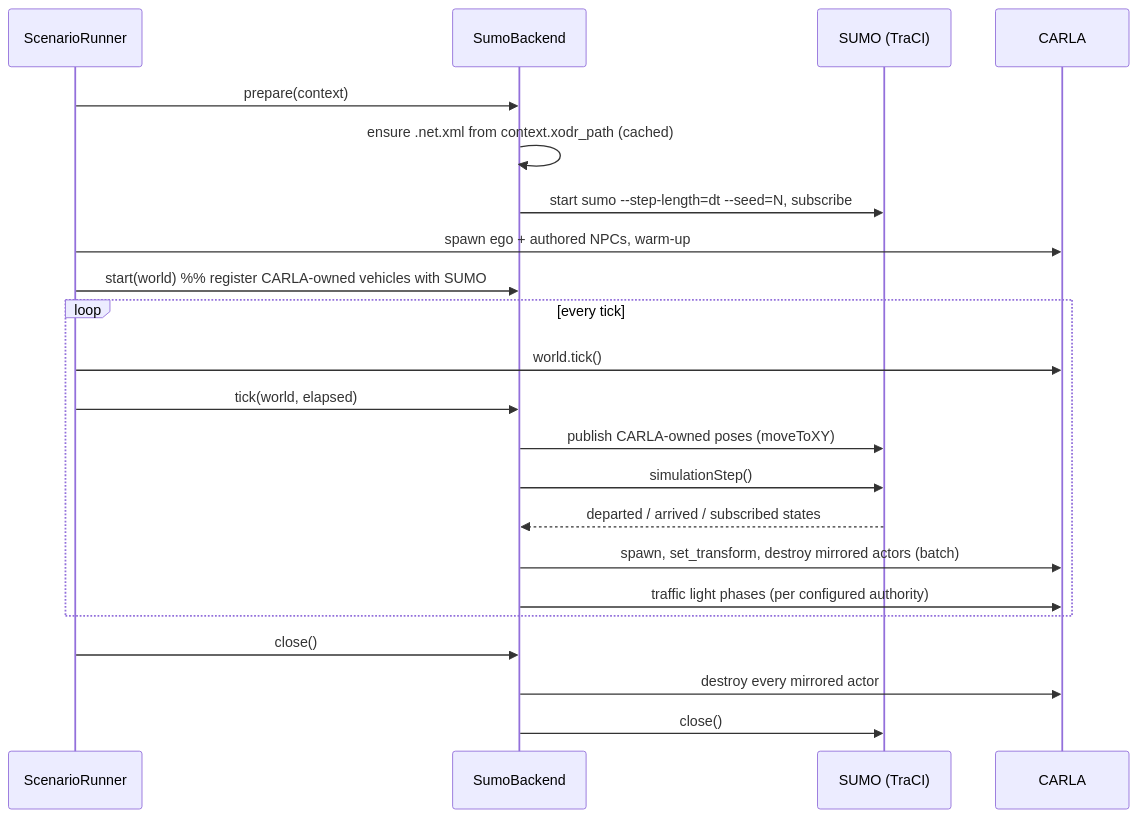
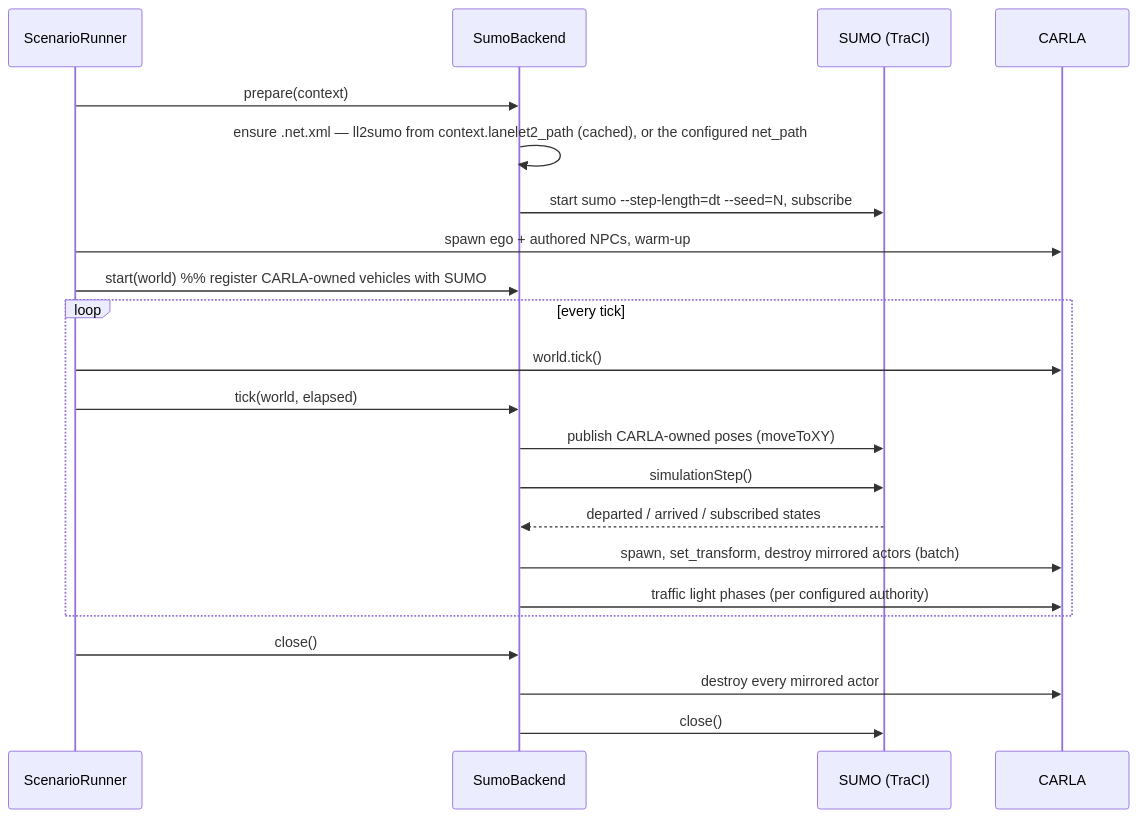
The second of 2 diagrams in .spec-workflow/specs/traffic-simulation-backends/design.md (hakuturu583/autoware_lanelet2_to_opendrive), drawn with Mermaid before and after one commit. The commit also changed other lines of this file and 3 other files, not shown here.

````diff
--- a/.spec-workflow/specs/traffic-simulation-backends/design.md
+++ b/.spec-workflow/specs/traffic-simulation-backends/design.md
@@ -155,25 +174,25 @@
 ```mermaid
 sequenceDiagram
     participant R as ScenarioRunner
     participant B as SumoBackend
     participant S as SUMO (TraCI)
     participant C as CARLA
 
     R->>B: prepare(context)
-    B->>B: ensure .net.xml from context.xodr_path (cached)
+    B->>B: ensure .net.xml — ll2sumo from context.lanelet2_path (cached), or the configured net_path
     B->>S: start sumo --step-length=dt --seed=N, subscribe
     R->>C: spawn ego + authored NPCs, warm-up
     R->>B: start(world)  %% register CARLA-owned vehicles with SUMO
     loop every tick
         R->>C: world.tick()
         R->>B: tick(world, elapsed)
         B->>S: publish CARLA-owned poses (moveToXY)
         B->>S: simulationStep()
         S-->>B: departed / arrived / subscribed states
         B->>C: spawn, set_transform, destroy mirrored actors (batch)
         B->>C: traffic light phases (per configured authority)
     end
     R->>B: close()
     B->>C: destroy every mirrored actor
     B->>S: close()
 ```
````
